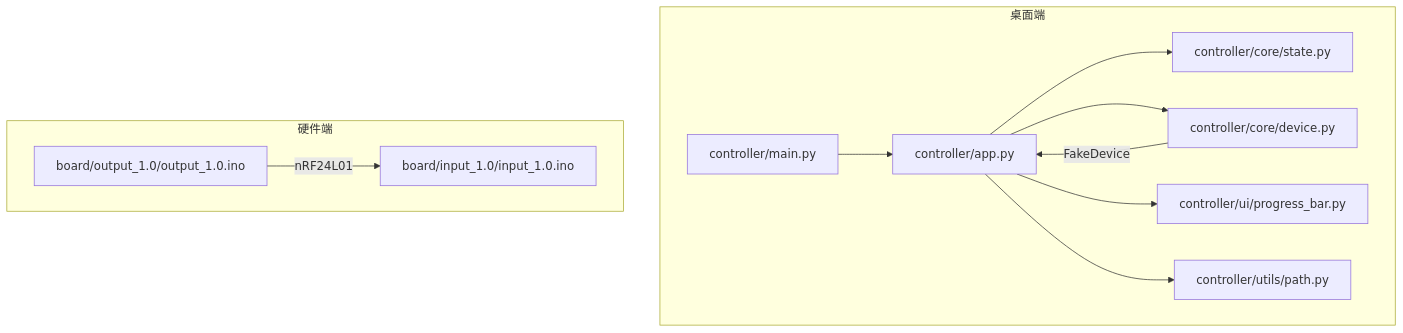
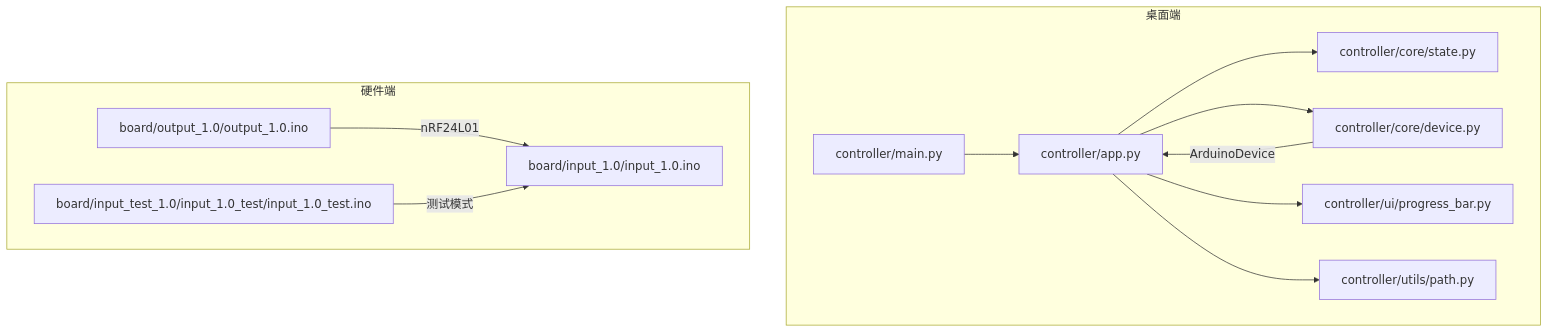
One commit to Hankun-P/wireless-keyboard-toy changed the first of 4 diagrams in .qoder/repowiki/zh/content/开发指南/调试与测试.md. Above: the diagram before and after it, drawn with Mermaid. The commit also changed other lines of this file and 11 other files, not shown here.

````diff
--- a/.qoder/repowiki/zh/content/开发指南/调试与测试.md
+++ b/.qoder/repowiki/zh/content/开发指南/调试与测试.md
@@ -43,22 +53,24 @@
 ```mermaid
 graph TB
 subgraph "桌面端"
 M["controller/main.py"]
 A["controller/app.py"]
 S["controller/core/state.py"]
 D["controller/core/device.py"]
 PB["controller/ui/progress_bar.py"]
 P["controller/utils/path.py"]
 end
 subgraph "硬件端"
 INO["board/input_1.0/input_1.0.ino"]
 OUT["board/output_1.0/output_1.0.ino"]
+TEST["board/input_test_1.0/input_1.0_test/input_1.0_test.ino"]
 end
 M --> A
 A --> S
 A --> D
 A --> PB
 A --> P
-D --> |"FakeDevice"| A
+D --> |"ArduinoDevice"| A
 OUT --> |"nRF24L01"| INO
+TEST --> |"测试模式"| INO
 ```
````
